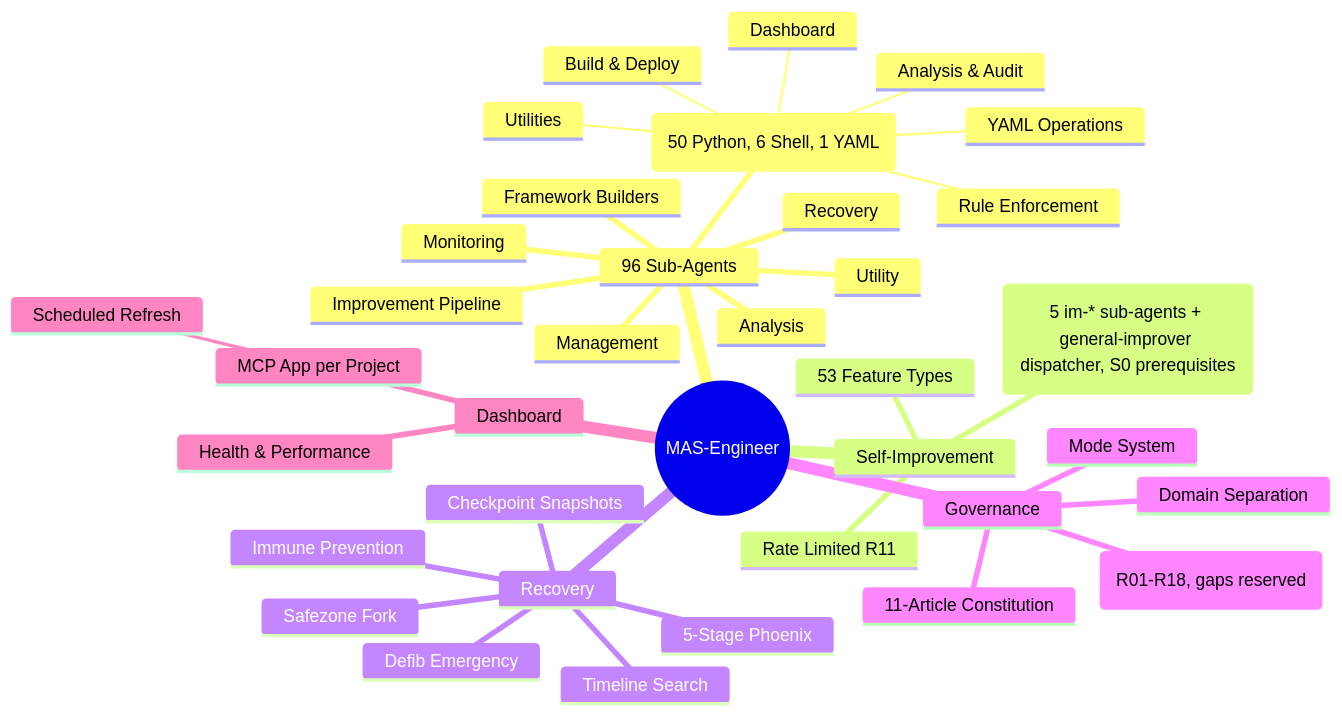
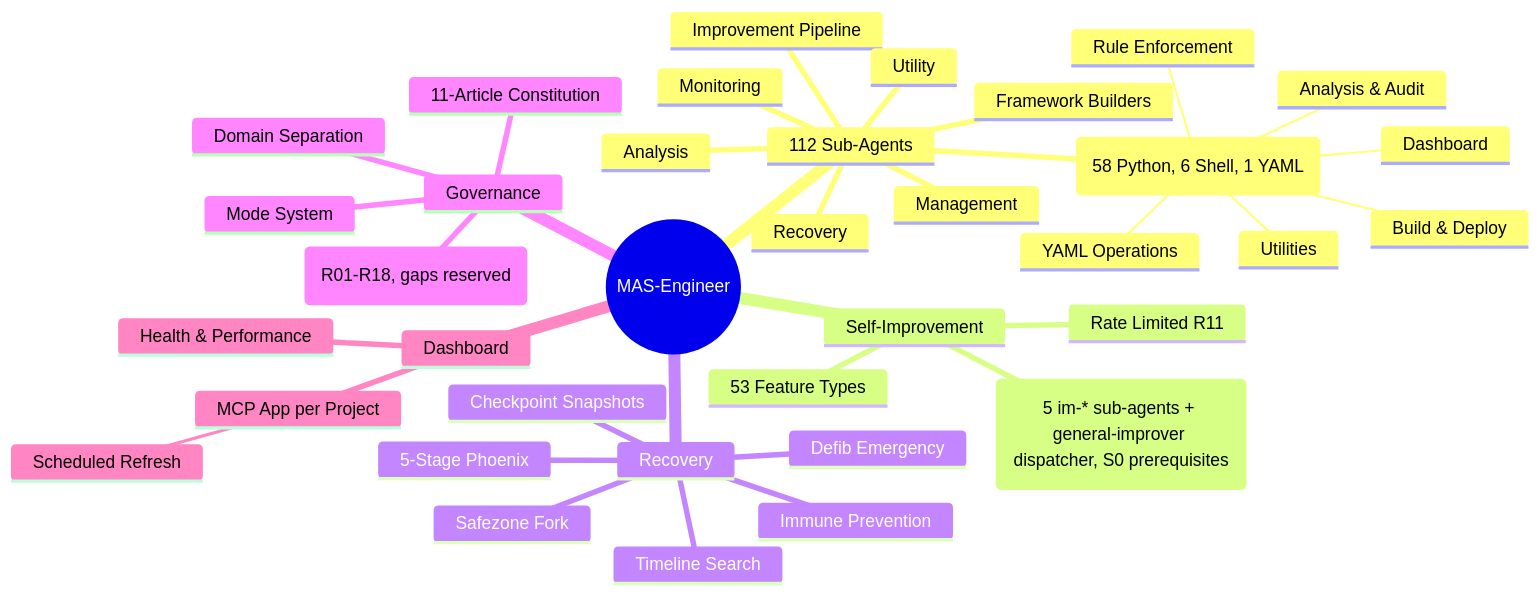
One commit to mczardybon/mas-engineer changed the sixth of 6 diagrams in README.md. Above: the diagram before and after it, drawn with Mermaid. The commit also changed other lines of this file and 9 other files, not shown here.

````diff
--- a/README.md
+++ b/README.md
@@ -484,39 +484,39 @@
 ```mermaid
 mindmap
   root((MAS-Engineer))
-    96 Sub-Agents
+    112 Sub-Agents
       Framework Builders
       Improvement Pipeline
       Monitoring
       Recovery
       Analysis
       Utility
       Management
-     57 total (50 Python, 6 Shell, 1 YAML)
+     65 total (58 Python, 6 Shell, 1 YAML)
       Rule Enforcement
       YAML Operations
       Build & Deploy
       Analysis & Audit
       Dashboard
       Utilities
     Self-Improvement
       8-Stage Pipeline (5 im-* sub-agents + general-improver dispatcher, S0 prerequisites)
       53 Feature Types
       Rate Limited R11
     Recovery
       5-Stage Phoenix
       Immune Prevention
       Checkpoint Snapshots
       Safezone Fork
       Timeline Search
       Defib Emergency
     Governance
       10 Hard Rules (R01-R18, gaps reserved)
       11-Article Constitution
       Mode System
       Domain Separation
     Dashboard
       MCP App per Project
        Scheduled Refresh
       Health & Performance
 ```
````
